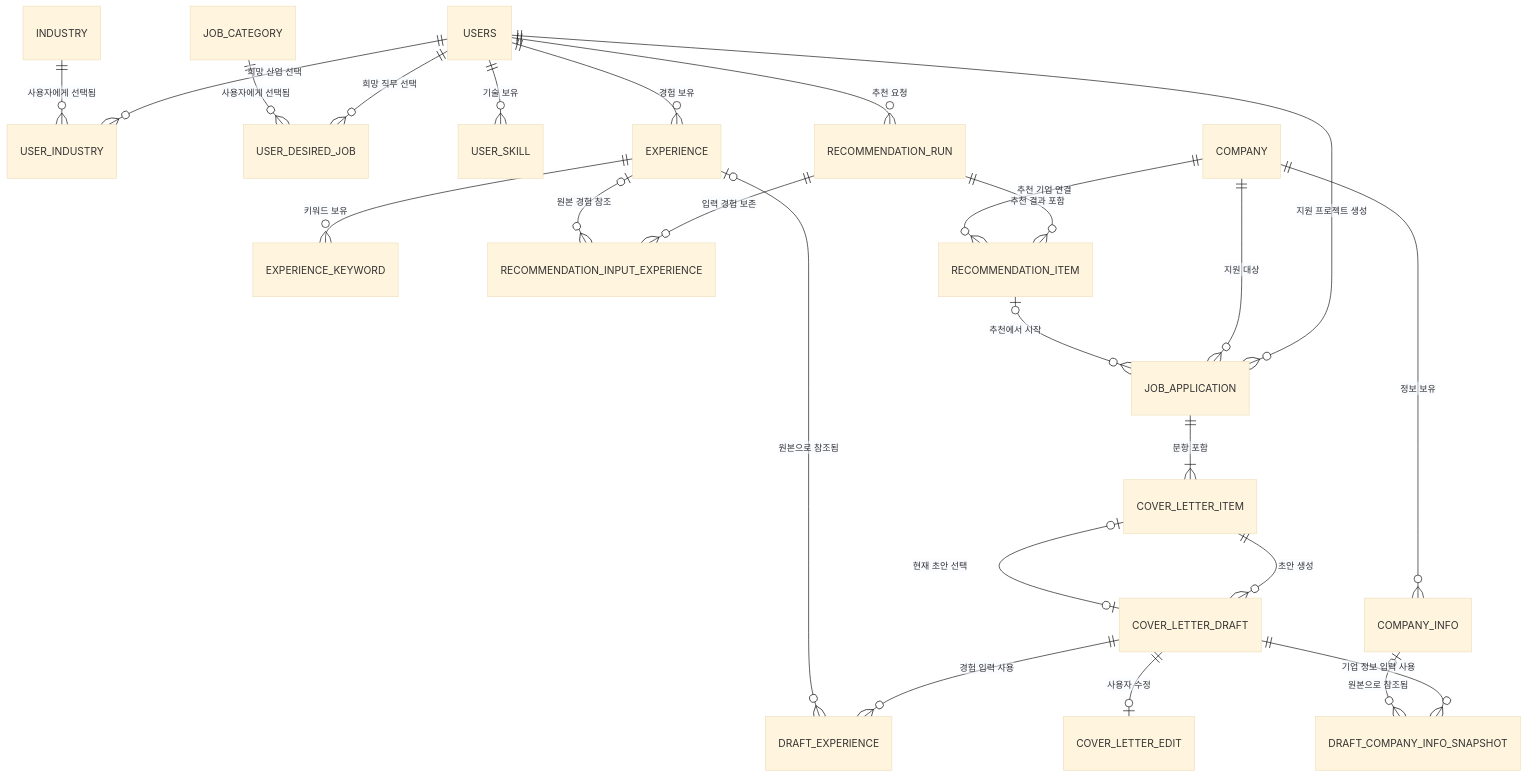
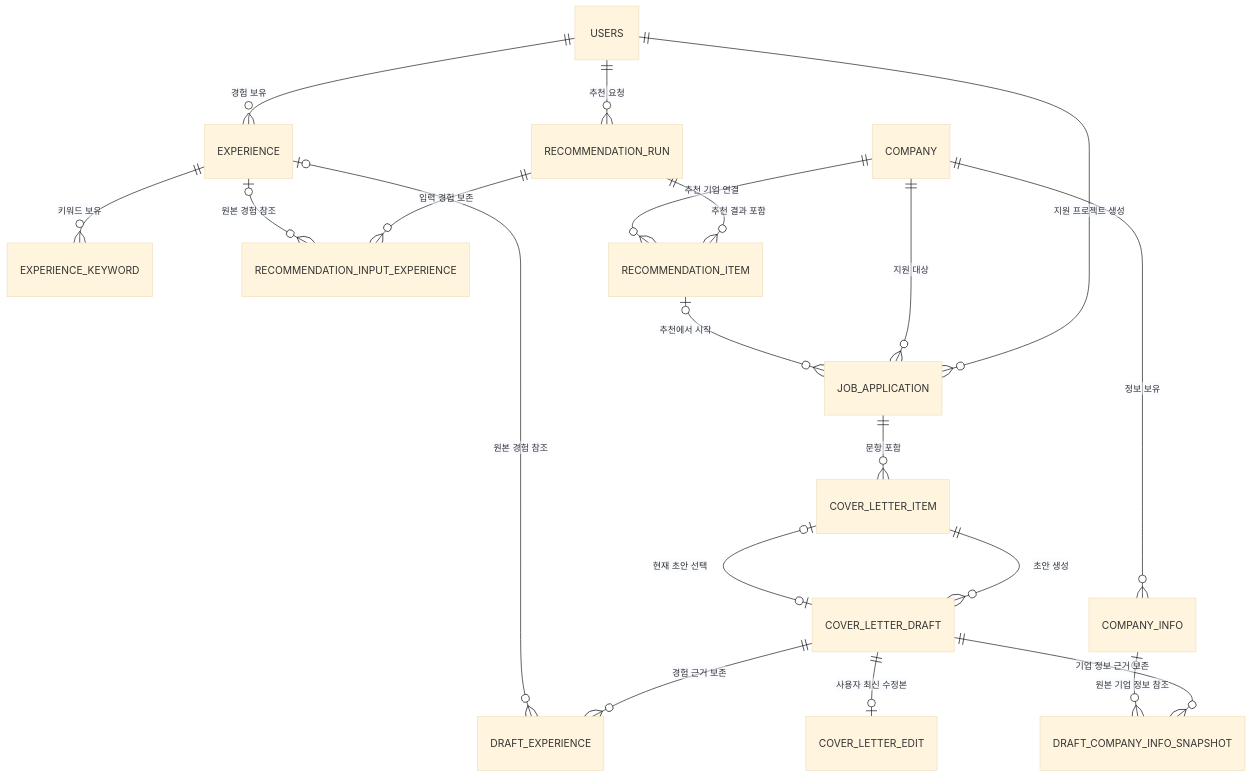
The diagram in docs/db/README.md (skala-gj-6/resume-recommendation), drawn with Mermaid (base theme) before and after one commit. The commit also changed other lines of this file and 4 other files, not shown here.

Commit message:
docs: 현재 구현 기준으로 ERD 문서 최신화 (#23)

````diff
--- a/docs/db/README.md
+++ b/docs/db/README.md
@@ -28,32 +37,26 @@
 ```mermaid
 erDiagram
-    USERS ||--o{ USER_INDUSTRY : "희망 산업 선택"
-    INDUSTRY ||--o{ USER_INDUSTRY : "사용자에게 선택됨"
-    USERS ||--o{ USER_DESIRED_JOB : "희망 직무 선택"
-    JOB_CATEGORY ||--o{ USER_DESIRED_JOB : "사용자에게 선택됨"
-    USERS ||--o{ USER_SKILL : "기술 보유"
-
     USERS ||--o{ EXPERIENCE : "경험 보유"
     EXPERIENCE ||--o{ EXPERIENCE_KEYWORD : "키워드 보유"
 
     COMPANY ||--o{ COMPANY_INFO : "정보 보유"
     USERS ||--o{ RECOMMENDATION_RUN : "추천 요청"
     RECOMMENDATION_RUN ||--o{ RECOMMENDATION_INPUT_EXPERIENCE : "입력 경험 보존"
     EXPERIENCE o|--o{ RECOMMENDATION_INPUT_EXPERIENCE : "원본 경험 참조"
     RECOMMENDATION_RUN ||--o{ RECOMMENDATION_ITEM : "추천 결과 포함"
     COMPANY ||--o{ RECOMMENDATION_ITEM : "추천 기업 연결"
 
     USERS ||--o{ JOB_APPLICATION : "지원 프로젝트 생성"
     COMPANY ||--o{ JOB_APPLICATION : "지원 대상"
     RECOMMENDATION_ITEM o|--o{ JOB_APPLICATION : "추천에서 시작"
-    JOB_APPLICATION ||--|{ COVER_LETTER_ITEM : "문항 포함"
+    JOB_APPLICATION ||--o{ COVER_LETTER_ITEM : "문항 포함"
 
     COVER_LETTER_ITEM ||--o{ COVER_LETTER_DRAFT : "초안 생성"
     COVER_LETTER_ITEM o|--o| COVER_LETTER_DRAFT : "현재 초안 선택"
-    COVER_LETTER_DRAFT ||--o| COVER_LETTER_EDIT : "사용자 수정"
+    COVER_LETTER_DRAFT ||--o| COVER_LETTER_EDIT : "사용자 최신 수정본"
 
-    COVER_LETTER_DRAFT ||--o{ DRAFT_EXPERIENCE : "경험 입력 사용"
-    EXPERIENCE o|--o{ DRAFT_EXPERIENCE : "원본으로 참조됨"
-    COVER_LETTER_DRAFT ||--o{ DRAFT_COMPANY_INFO_SNAPSHOT : "기업 정보 입력 사용"
-    COMPANY_INFO o|--o{ DRAFT_COMPANY_INFO_SNAPSHOT : "원본으로 참조됨"
+    COVER_LETTER_DRAFT ||--o{ DRAFT_EXPERIENCE : "경험 근거 보존"
+    EXPERIENCE o|--o{ DRAFT_EXPERIENCE : "원본 경험 참조"
+    COVER_LETTER_DRAFT ||--o{ DRAFT_COMPANY_INFO_SNAPSHOT : "기업 정보 근거 보존"
+    COMPANY_INFO o|--o{ DRAFT_COMPANY_INFO_SNAPSHOT : "원본 기업 정보 참조"
 ```
````
